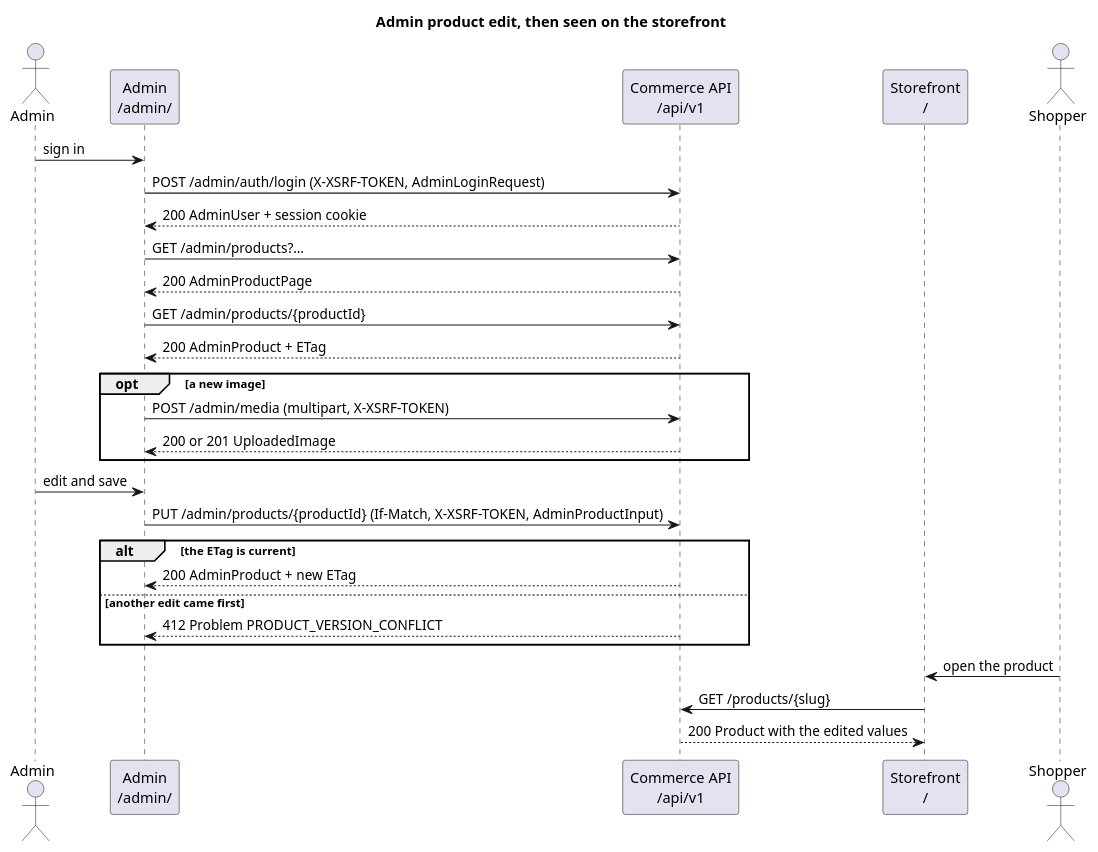
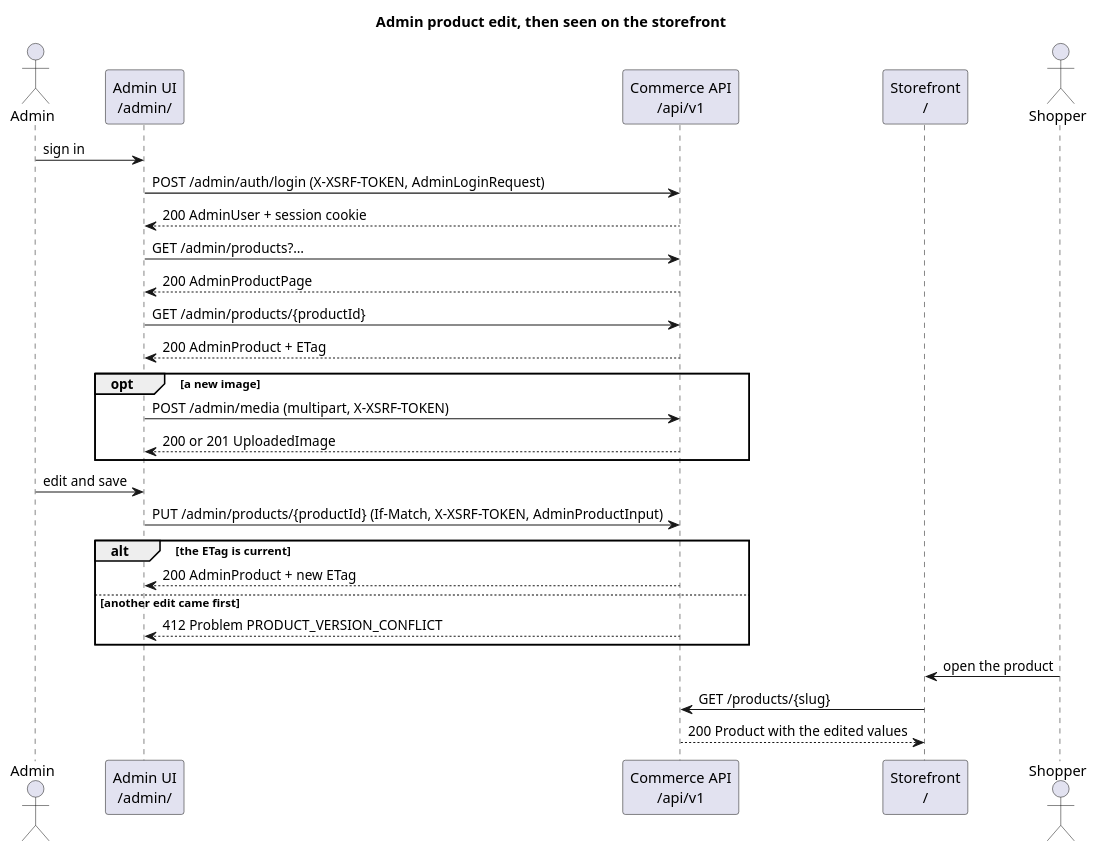
Before and after one commit to mimukodik/mi-bolt: the diagram in contracts/commerce/sequences/admin-product-edit.puml, drawn with PlantUML. The commit also changed 2 other files, not shown here.

```diff
--- a/contracts/commerce/sequences/admin-product-edit.puml
+++ b/contracts/commerce/sequences/admin-product-edit.puml
@@ -1,30 +1,30 @@
 @startuml admin-product-edit
 title Admin product edit, then seen on the storefront
 actor Admin
-participant "Admin\n/admin/" as ADM
+participant "Admin UI\n/admin/" as ADM
 participant "Commerce API\n/api/v1" as API
 participant "Storefront\n/" as SF
 actor Shopper
 
 Admin -> ADM : sign in
 ADM -> API : POST /admin/auth/login (X-XSRF-TOKEN, AdminLoginRequest)
 API --> ADM : 200 AdminUser + session cookie
 ADM -> API : GET /admin/products?…
 API --> ADM : 200 AdminProductPage
 ADM -> API : GET /admin/products/{productId}
 API --> ADM : 200 AdminProduct + ETag
 opt a new image
   ADM -> API : POST /admin/media (multipart, X-XSRF-TOKEN)
   API --> ADM : 200 or 201 UploadedImage
 end
 Admin -> ADM : edit and save
 ADM -> API : PUT /admin/products/{productId} (If-Match, X-XSRF-TOKEN, AdminProductInput)
 alt the ETag is current
   API --> ADM : 200 AdminProduct + new ETag
 else another edit came first
   API --> ADM : 412 Problem PRODUCT_VERSION_CONFLICT
 end
 Shopper -> SF : open the product
 SF -> API : GET /products/{slug}
 API --> SF : 200 Product with the edited values
 @enduml
```
